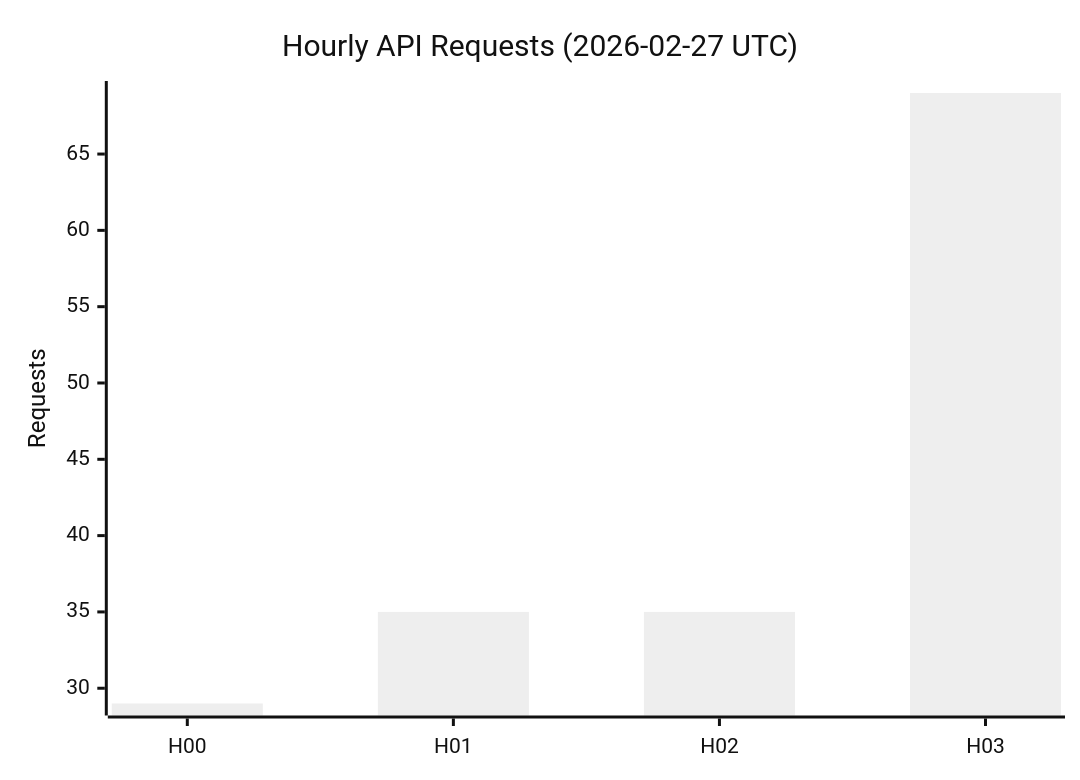
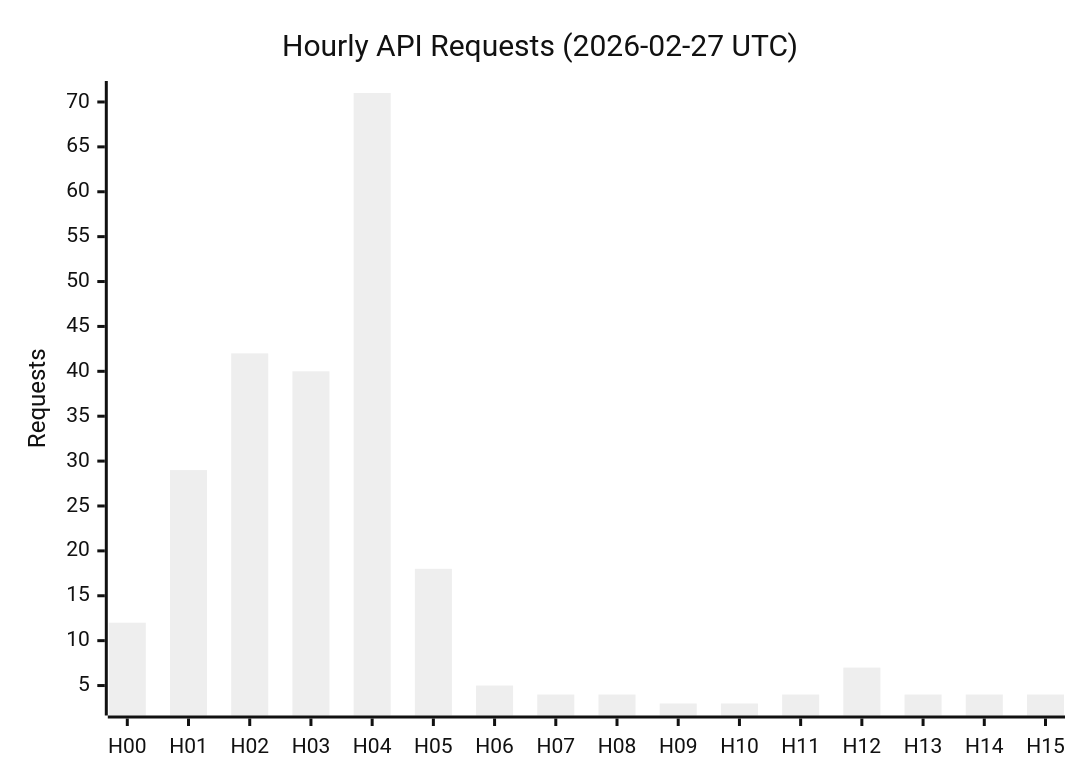
The first of 2 diagrams in reports/2026-02-27/USAGE_REPORT.md (gormantec/openclaw_reports), drawn with Mermaid (neutral theme) before and after one commit. The commit also changed other lines of this file, not shown here.

````diff
--- a/reports/2026-02-27/USAGE_REPORT.md
+++ b/reports/2026-02-27/USAGE_REPORT.md
@@ -19,7 +19,7 @@
 ```mermaid
 xychart
     title "Hourly API Requests (2026-02-27 UTC)"
-    x-axis [H00, H01, H02, H03]
+    x-axis [H00, H01, H02, H03, H04, H05, H06, H07, H08, H09, H10, H11, H12, H13, H14, H15]
     y-axis "Requests"
-    bar [29, 35, 35, 69]
+    bar [12, 29, 42, 40, 71, 18, 5, 4, 4, 3, 3, 4, 7, 4, 4, 4]
 ```
````
